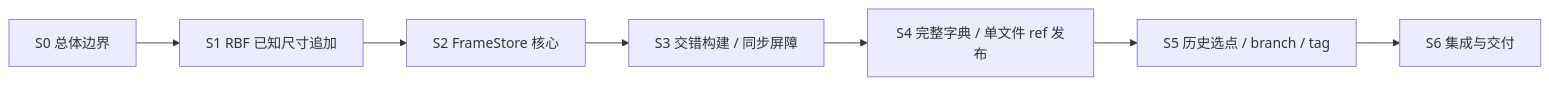
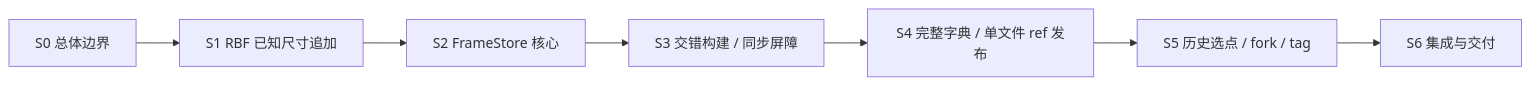
The diagram in docs/FrameStore-VersionStore/README.md (Atelia-org/atelia-storage), drawn with Mermaid before and after one commit. The commit also changed other lines of this file and 6 other files, not shown here.

````diff
--- a/docs/FrameStore-VersionStore/README.md
+++ b/docs/FrameStore-VersionStore/README.md
@@ -71,9 +71,9 @@
 ```mermaid
 flowchart LR
     S0["S0 总体边界"] --> S1["S1 RBF 已知尺寸追加"]
     S1 --> S2["S2 FrameStore 核心"]
     S2 --> S3["S3 交错构建 / 同步屏障"]
     S3 --> S4["S4 完整字典 / 单文件 ref 发布"]
-    S4 --> S5["S5 历史选点 / branch / tag"]
+    S4 --> S5["S5 历史选点 / fork / tag"]
     S5 --> S6["S6 集成与交付"]
 ```
````
